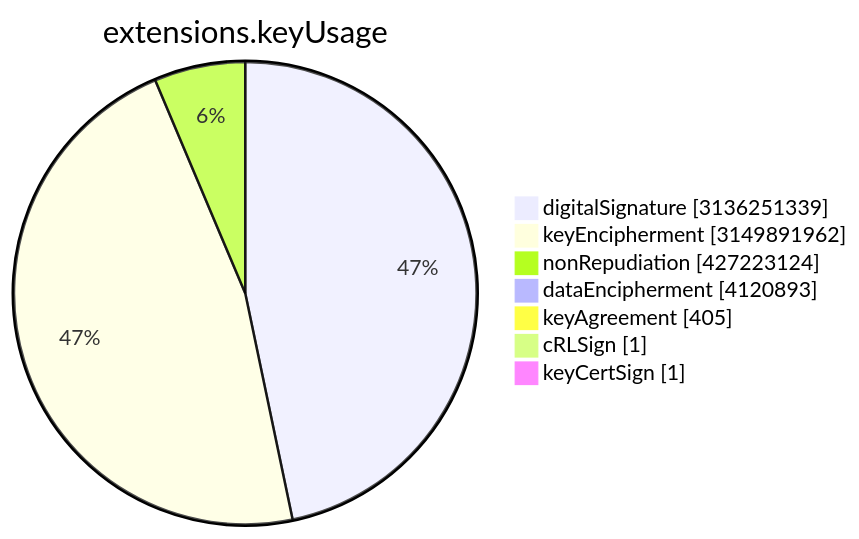
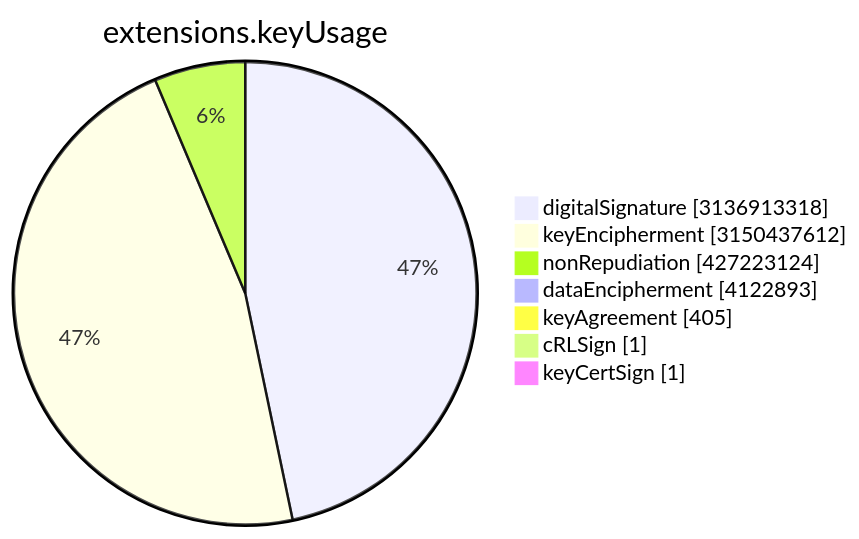
The sixth of 15 diagrams in TOTAL/README.md (christiankrug/ctmonitor_visualization), drawn with Mermaid before and after one commit. The commit also changed other lines of this file, not shown here.

````diff
--- a/TOTAL/README.md
+++ b/TOTAL/README.md
@@ -3077,11 +3077,11 @@
 ```mermaid
 pie showData
 title extensions.keyUsage
-"digitalSignature" :3136251339
-"keyEncipherment" :3149891962
+"digitalSignature" :3136913318
+"keyEncipherment" :3150437612
 "nonRepudiation" :427223124
-"dataEncipherment" :4120893
+"dataEncipherment" :4122893
 "keyAgreement" :405
 "cRLSign" :1
 "keyCertSign" :1
 ```
````
